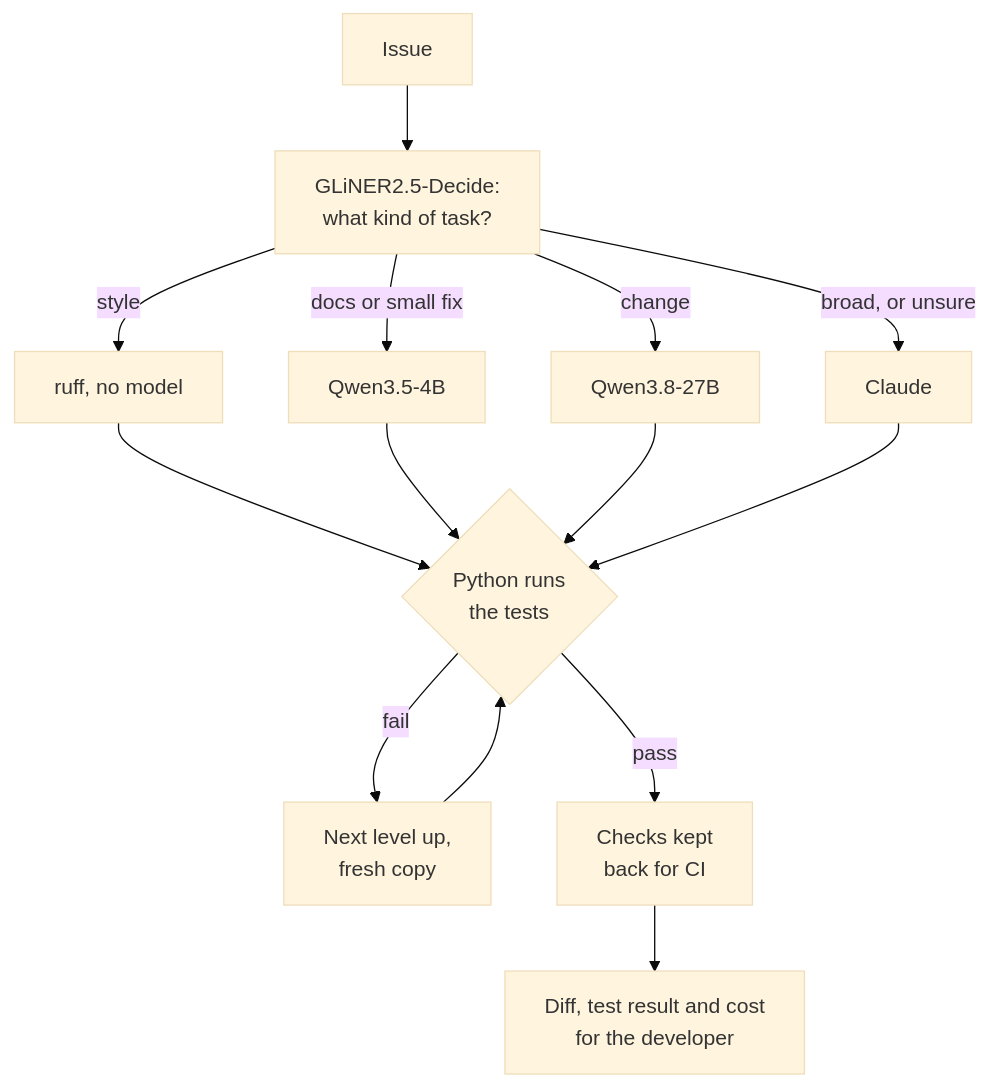
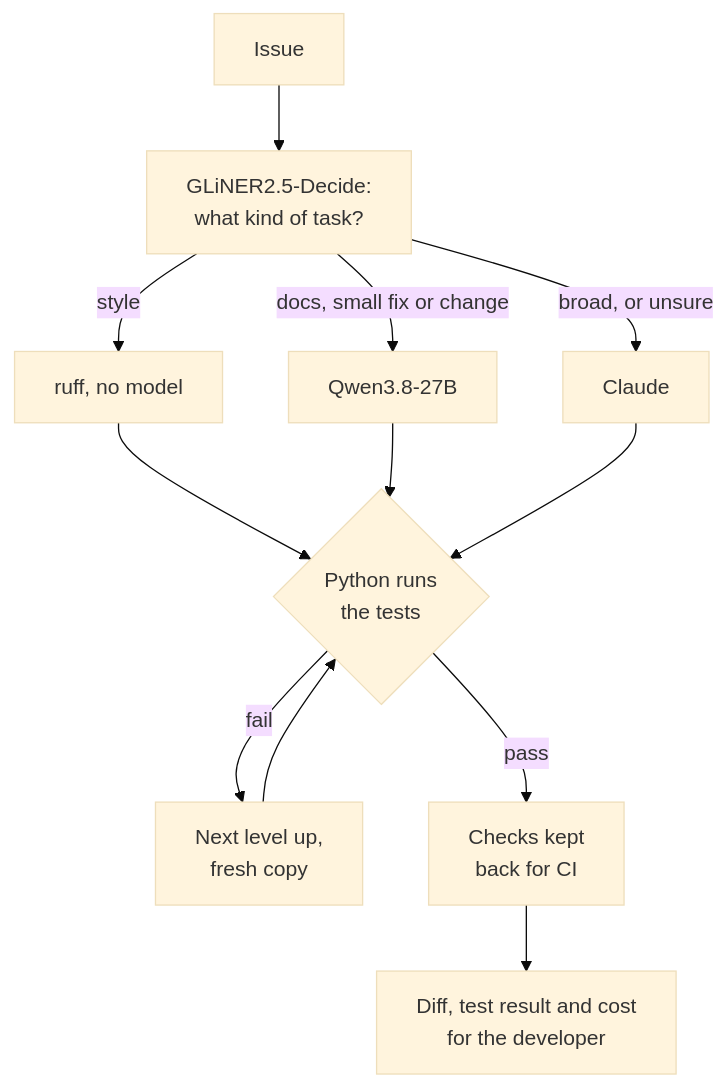
The second of 2 diagrams in agentic/route_coding_tasks_to_open_models_first/README.md (superlinked/cookbook), drawn with Mermaid (base theme) before and after one commit. The commit also changed other lines of this file and 6 other files, not shown here.

````diff
--- a/agentic/route_coding_tasks_to_open_models_first/README.md
+++ b/agentic/route_coding_tasks_to_open_models_first/README.md
@@ -129,16 +148,14 @@
 ```mermaid
 flowchart TD
     I["Issue"] --> R["GLiNER2.5-Decide:<br/>what kind of task?"]
     R -->|"style"| T["ruff, no model"]
-    R -->|"docs or small fix"| S["Qwen3.5-4B"]
-    R -->|"change"| O["Qwen3.8-27B"]
+    R -->|"docs, small fix or change"| O["Qwen3.8-27B"]
     R -->|"broad, or unsure"| C["Claude"]
     T --> K{"Python runs<br/>the tests"}
-    S --> K
     O --> K
     C --> K
     K -->|"fail"| U["Next level up,<br/>fresh copy"]
     U --> K
     K -->|"pass"| CI["Checks kept<br/>back for CI"]
     CI --> D["Diff, test result and cost<br/>for the developer"]
 ```
````
